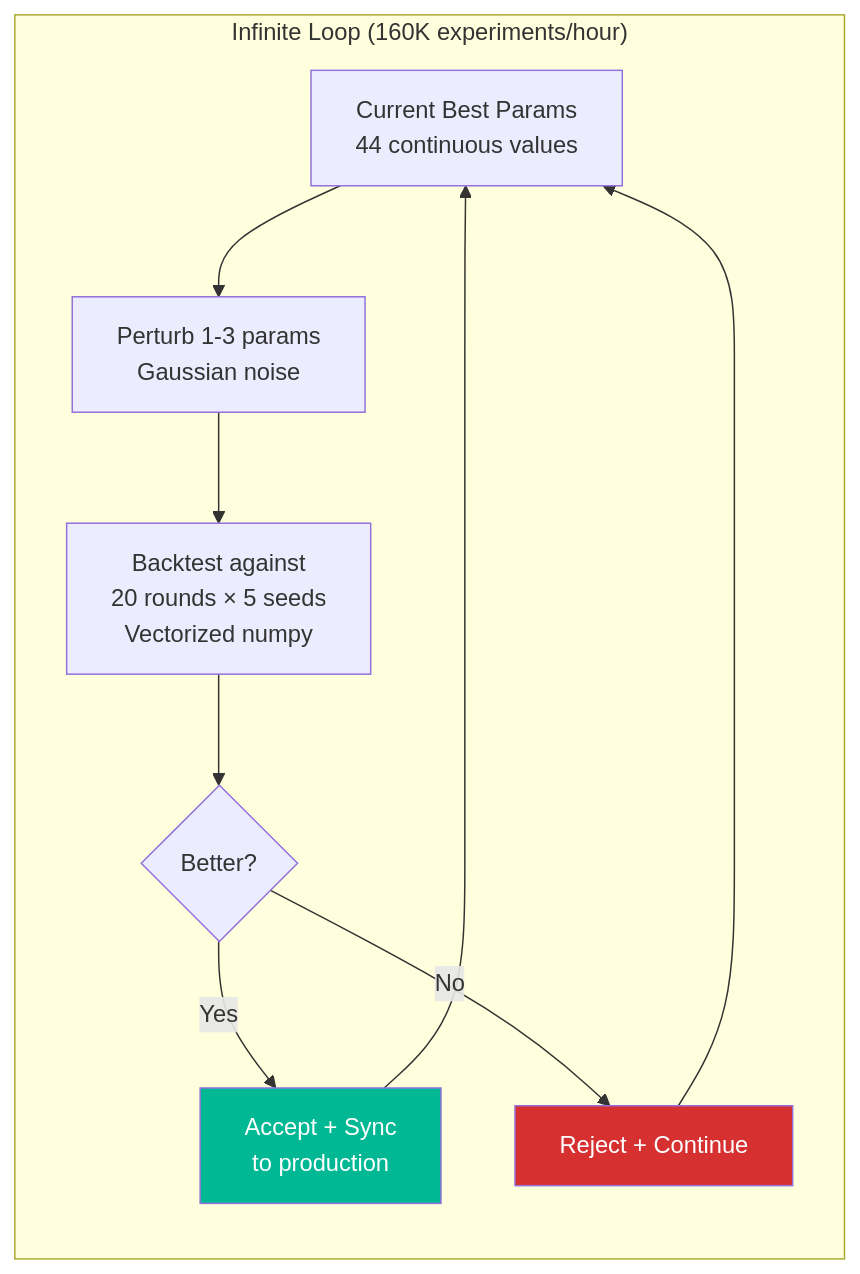
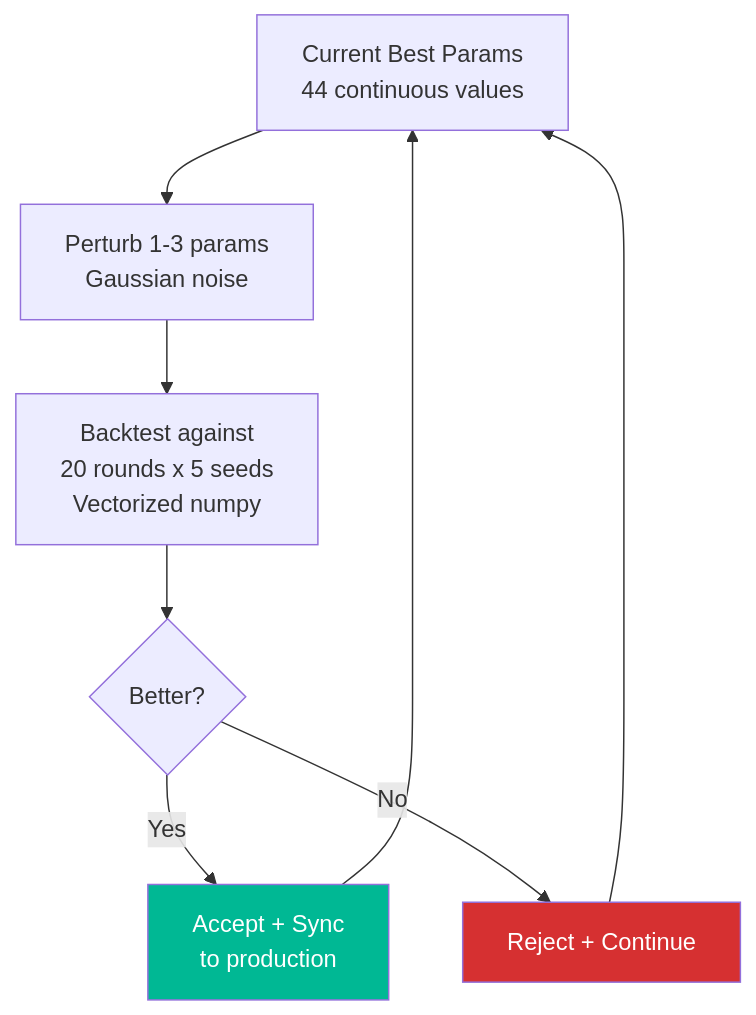
The third of 11 diagrams in dagthomas/astar-island-solution/AUTO_RESEARCH.md (dagthomas/Synthetic_Synapses_NMIAI), drawn with Mermaid before and after one commit. The commit also changed other lines of this file and 2 other files, not shown here.

````diff
--- a/dagthomas/astar-island-solution/AUTO_RESEARCH.md
+++ b/dagthomas/astar-island-solution/AUTO_RESEARCH.md
@@ -105,19 +104,13 @@
 ```mermaid
-flowchart LR
-    subgraph Loop["Infinite Loop (160K experiments/hour)"]
-        direction TB
-        BEST[Current Best Params<br/>44 continuous values]
-        PERTURB[Perturb 1-3 params<br/>Gaussian noise]
-        EVAL[Backtest against<br/>20 rounds × 5 seeds<br/>Vectorized numpy]
-        COMPARE{Better?}
-        ACCEPT[Accept + Sync<br/>to production]
-        REJECT[Reject + Continue]
-    end
-
-    BEST --> PERTURB --> EVAL --> COMPARE
-    COMPARE -->|Yes| ACCEPT --> BEST
-    COMPARE -->|No| REJECT --> BEST
+flowchart TB
+    BEST[Current Best Params<br/>44 continuous values] --> PERTURB[Perturb 1-3 params<br/>Gaussian noise]
+    PERTURB --> EVAL[Backtest against<br/>20 rounds x 5 seeds<br/>Vectorized numpy]
+    EVAL --> COMPARE{Better?}
+    COMPARE -->|Yes| ACCEPT[Accept + Sync<br/>to production]
+    COMPARE -->|No| REJECT[Reject + Continue]
+    ACCEPT --> BEST
+    REJECT --> BEST
 
     style ACCEPT fill:#00b894,color:#fff
     style REJECT fill:#d63031,color:#fff
 ```
````
